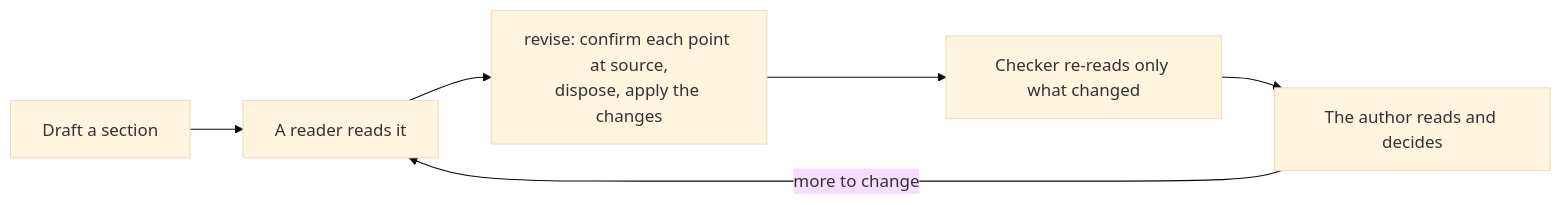
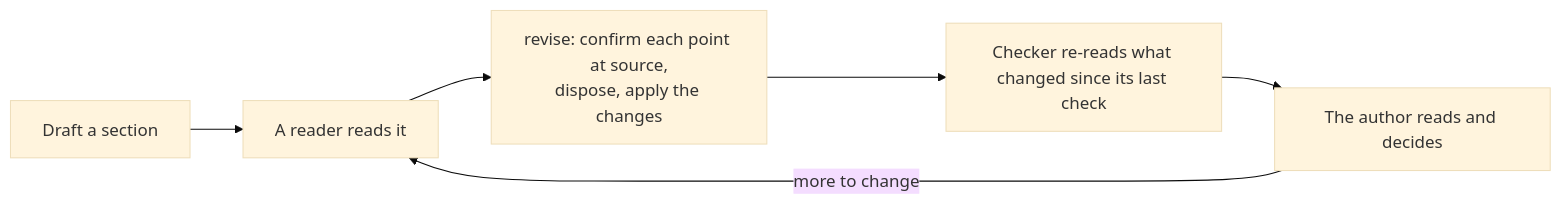
The diagram in README.md (darrencroton/ai-agent-science), drawn with Mermaid (base theme) before and after one commit. The commit also changed other lines of this file and 26 other files, not shown here.

````diff
--- a/README.md
+++ b/README.md
@@ -36,8 +36,8 @@
 ```mermaid
 flowchart LR
     D[Draft a section] --> R[A reader reads it]
     R --> V[revise: confirm each point at source,<br/>dispose, apply the changes]
-    V --> C[Checker re-reads only what changed]
+    V --> C[Checker re-reads what changed since its last check]
     C --> A[The author reads and decides]
     A -->|more to change| R
 ```
````
